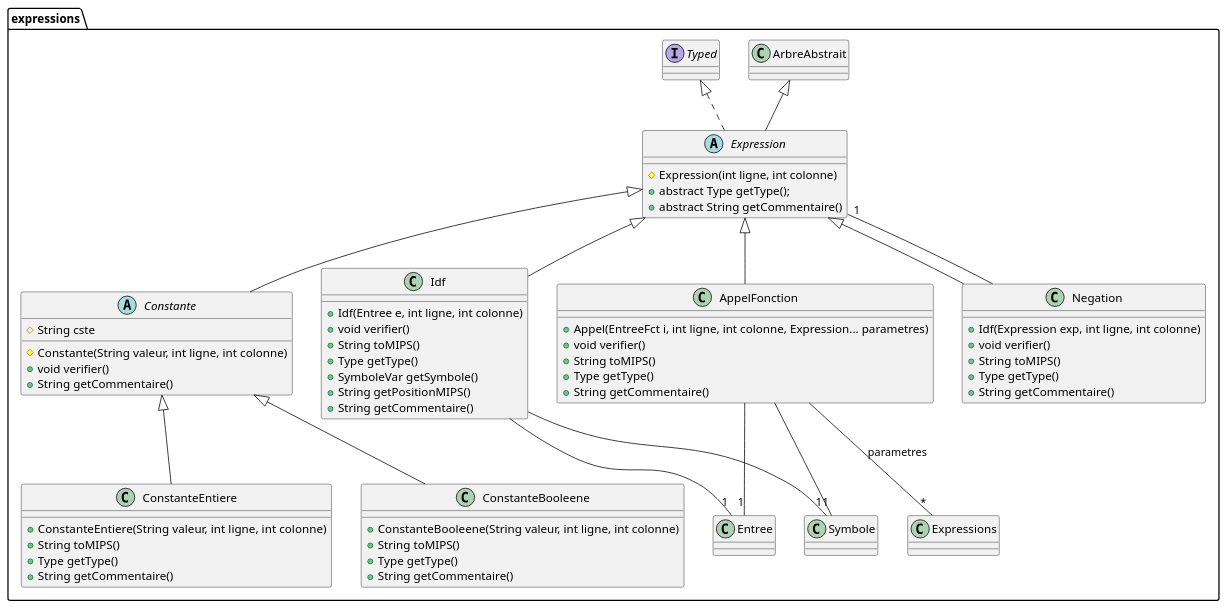
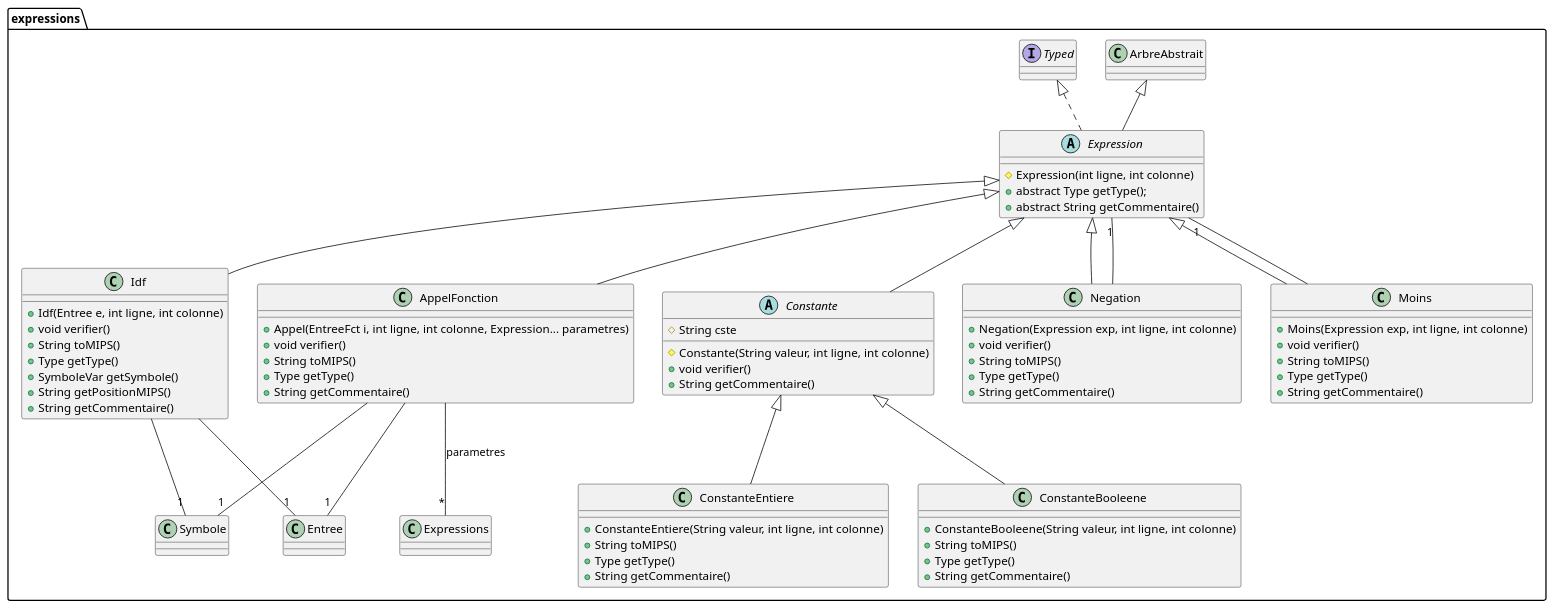
Before and after one commit to wehddn/L3-Compilation-Projet: the diagram in src/Diagrammes/arbre.expressions.puml, drawn with PlantUML. The commit also changed 2 other files, not shown here.

Commit message:
Ajout de Moins - Diagramme - Grammaire - Class

```diff
--- a/src/Diagrammes/arbre.expressions.puml
+++ b/src/Diagrammes/arbre.expressions.puml
@@ -1,66 +1,75 @@
 @startuml
 package expressions {
 	class AppelFonction extends Expression {
 		+ Appel(EntreeFct i, int ligne, int colonne, Expression... parametres)
 		+ void verifier()
 		+ String toMIPS()
 		+ Type getType()
 		+ String getCommentaire()
 	}
 	AppelFonction --"1" Entree
 	AppelFonction --"1" Symbole
 	AppelFonction --"*" Expressions : parametres
 
 
 
 	abstract class Constante extends Expression {
 		# String cste
 		# Constante(String valeur, int ligne, int colonne)
 		+ void verifier()
 		+ String getCommentaire()
 	}
 
 	class ConstanteBooleene extends Constante {
 		+ ConstanteBooleene(String valeur, int ligne, int colonne)
 		+ String toMIPS()
 		+ Type getType()
 		+ String getCommentaire()
 	}
 
 	class ConstanteEntiere extends Constante {
 		+ ConstanteEntiere(String valeur, int ligne, int colonne)
 		+ String toMIPS()
 		+ Type getType()
 		+ String getCommentaire()
 	}
 
 
 	abstract class Expression extends ArbreAbstrait implements Typed{
 		# Expression(int ligne, int colonne)
 		+ abstract Type getType();
 		+ abstract String getCommentaire()
 	}
 
 	class Idf extends Expression {
 		+ Idf(Entree e, int ligne, int colonne)
 		+ void verifier()
 		+ String toMIPS()
 		+ Type getType()
 		+ SymboleVar getSymbole()
 		+ String getPositionMIPS()
 		+ String getCommentaire()
 	}
 	Idf --"1" Entree
 	Idf --"1" Symbole
 
 	class Negation extends Expression {
-		+ Idf(Expression exp, int ligne, int colonne)
+		+ Negation(Expression exp, int ligne, int colonne)
 		+ void verifier()
 		+ String toMIPS()
 		+ Type getType()
 		+ String getCommentaire()
 	}
 	Negation --"1" Expression
 
+	class Moins extends Expression {
+		+ Moins(Expression exp, int ligne, int colonne)
+		+ void verifier()
+		+ String toMIPS()
+		+ Type getType()
+		+ String getCommentaire()
+	}
+	Moins --"1" Expression
+
 }
 @enduml
```
